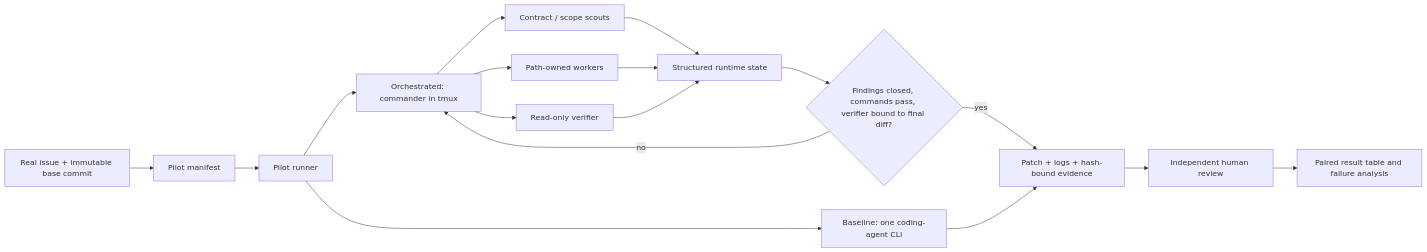
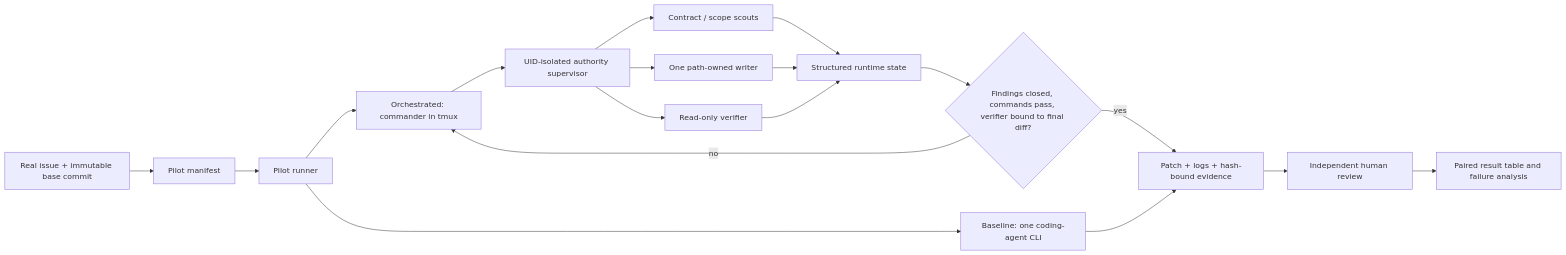
One commit to areshand/multiagent changed the diagram in docs/architecture.md. Above: the diagram before and after it, drawn with Mermaid. The commit also changed other lines of this file and 26 other files, not shown here.

````diff
--- a/docs/architecture.md
+++ b/docs/architecture.md
@@ -11,19 +11,20 @@
 ```mermaid
 flowchart LR
     U["Real issue + immutable base commit"] --> P["Pilot manifest"]
     P --> R["Pilot runner"]
     R --> B["Baseline: one coding-agent CLI"]
     R --> O["Orchestrated: commander in tmux"]
-    O --> C["Contract / scope scouts"]
-    O --> W["Path-owned workers"]
-    O --> V["Read-only verifier"]
+    O --> A["UID-isolated authority supervisor"]
+    A --> C["Contract / scope scouts"]
+    A --> W["One path-owned writer"]
+    A --> V["Read-only verifier"]
     C --> S["Structured runtime state"]
     W --> S
     V --> S
     S --> G{"Findings closed, commands pass, verifier bound to final diff?"}
     G -->|no| O
     G -->|yes| E["Patch + logs + hash-bound evidence"]
     B --> E
     E --> H["Independent human review"]
     H --> Q["Paired result table and failure analysis"]
 ```
````
